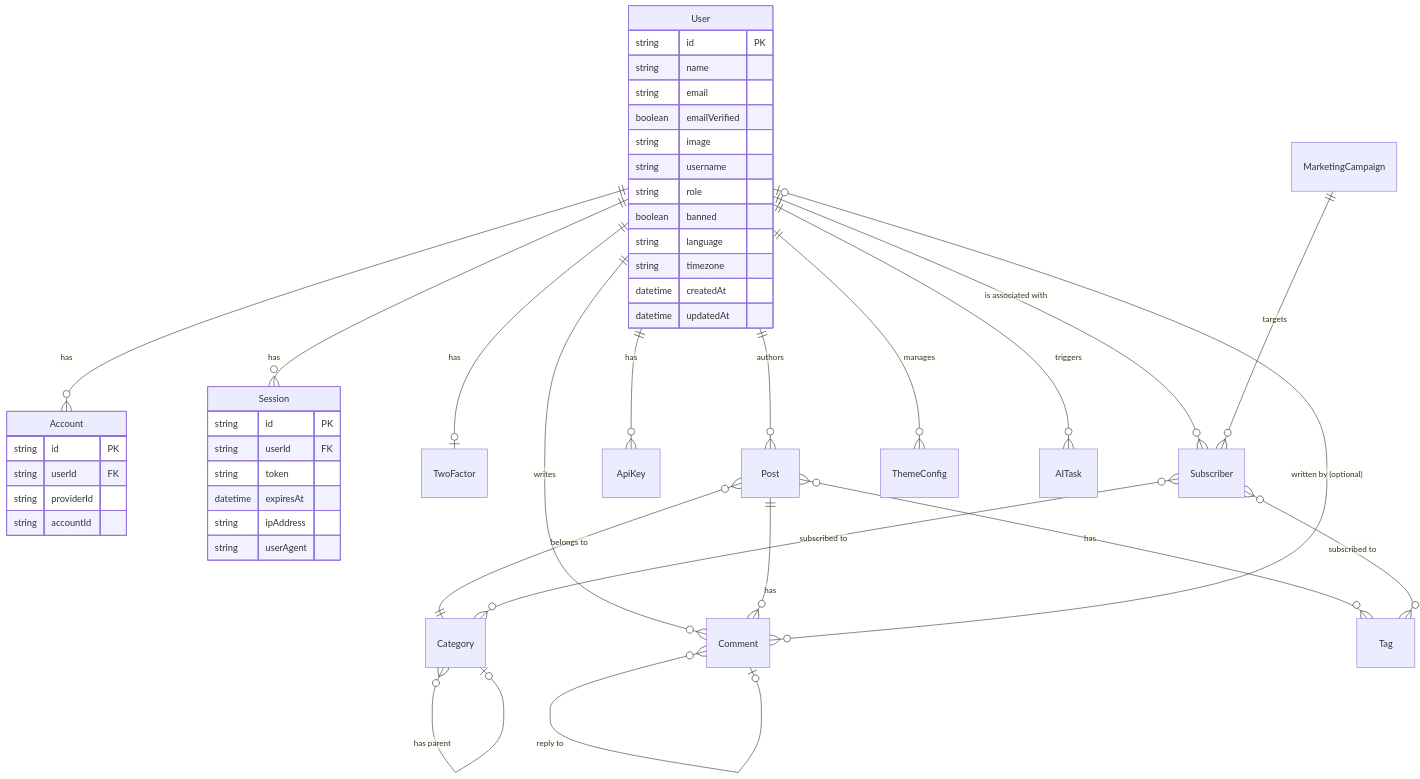
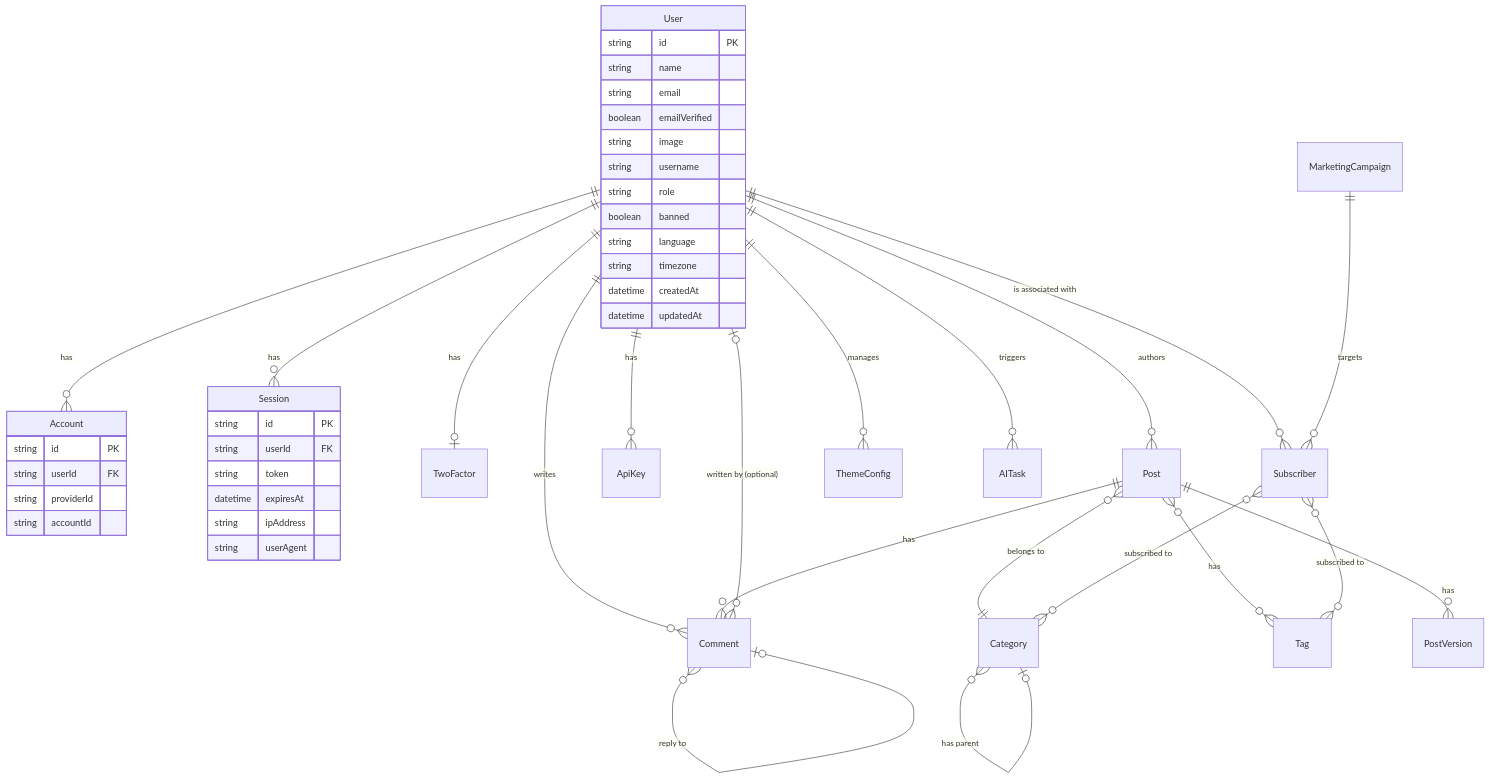
The diagram in docs/design/database.md (CaoMeiYouRen/momei), drawn with Mermaid before and after one commit. The commit also changed other lines of this file and 3 other files, not shown here.

````diff
--- a/docs/design/database.md
+++ b/docs/design/database.md
@@ -9,52 +9,53 @@
 ```mermaid
 erDiagram
     User ||--o{ Account : "has"
     User ||--o{ Session : "has"
     User ||--o| TwoFactor : "has"
     User ||--o{ Post : "authors"
     User ||--o{ Comment : "writes"
     User ||--o{ ApiKey : "has"
     User ||--o{ Subscriber : "is associated with"
     Post }o--|| Category : "belongs to"
     Post }o--o{ Tag : "has"
     Post ||--o{ Comment : "has"
     Comment }o--o| User : "written by (optional)"
     Comment }o--o| Comment : "reply to"
     Category }o--o| Category : "has parent"
     User ||--o{ ThemeConfig : "manages"
     User ||--o{ AITask : "triggers"
+    Post ||--o{ PostVersion : "has"
     MarketingCampaign ||--o{ Subscriber : "targets"
     Subscriber }o--o{ Category : "subscribed to"
     Subscriber }o--o{ Tag : "subscribed to"
 
     User {
         string id PK
         string name
         string email
         boolean emailVerified
         string image
         string username
         string role
         boolean banned
         string language
         string timezone
         datetime createdAt
         datetime updatedAt
     }
 
     Account {
         string id PK
         string userId FK
         string providerId
         string accountId
     }
 
     Session {
         string id PK
         string userId FK
         string token
         datetime expiresAt
         string ipAddress
         string userAgent
     }
 ```
````
